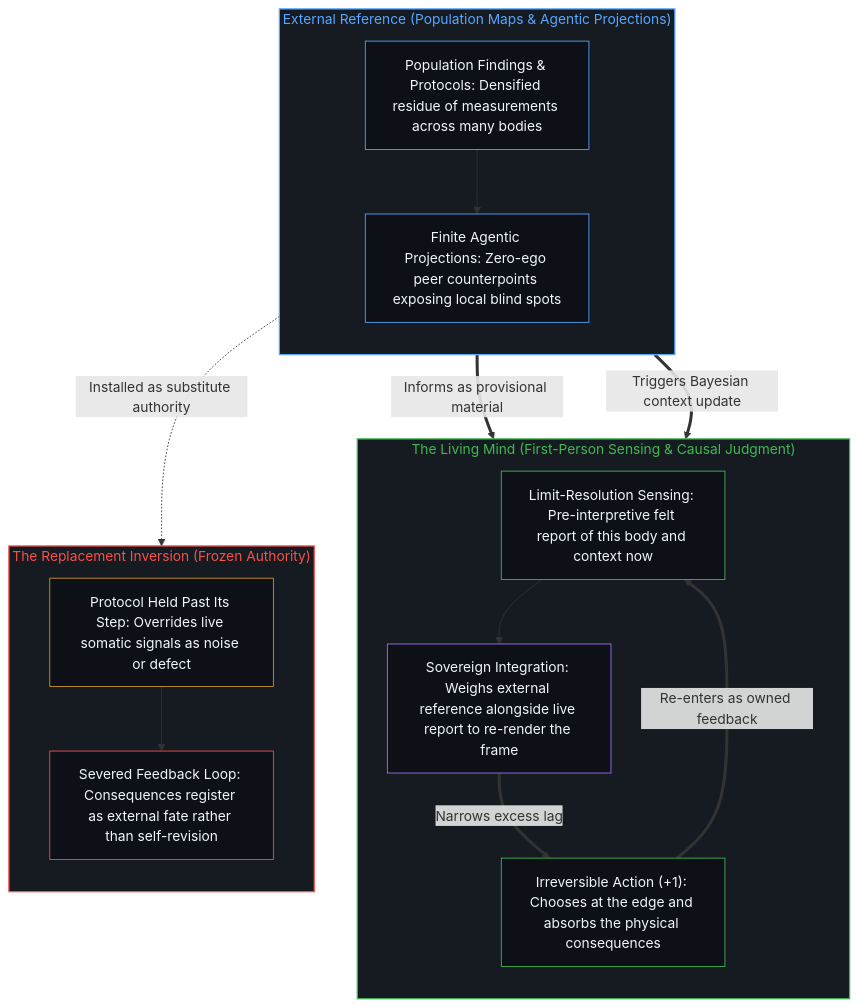
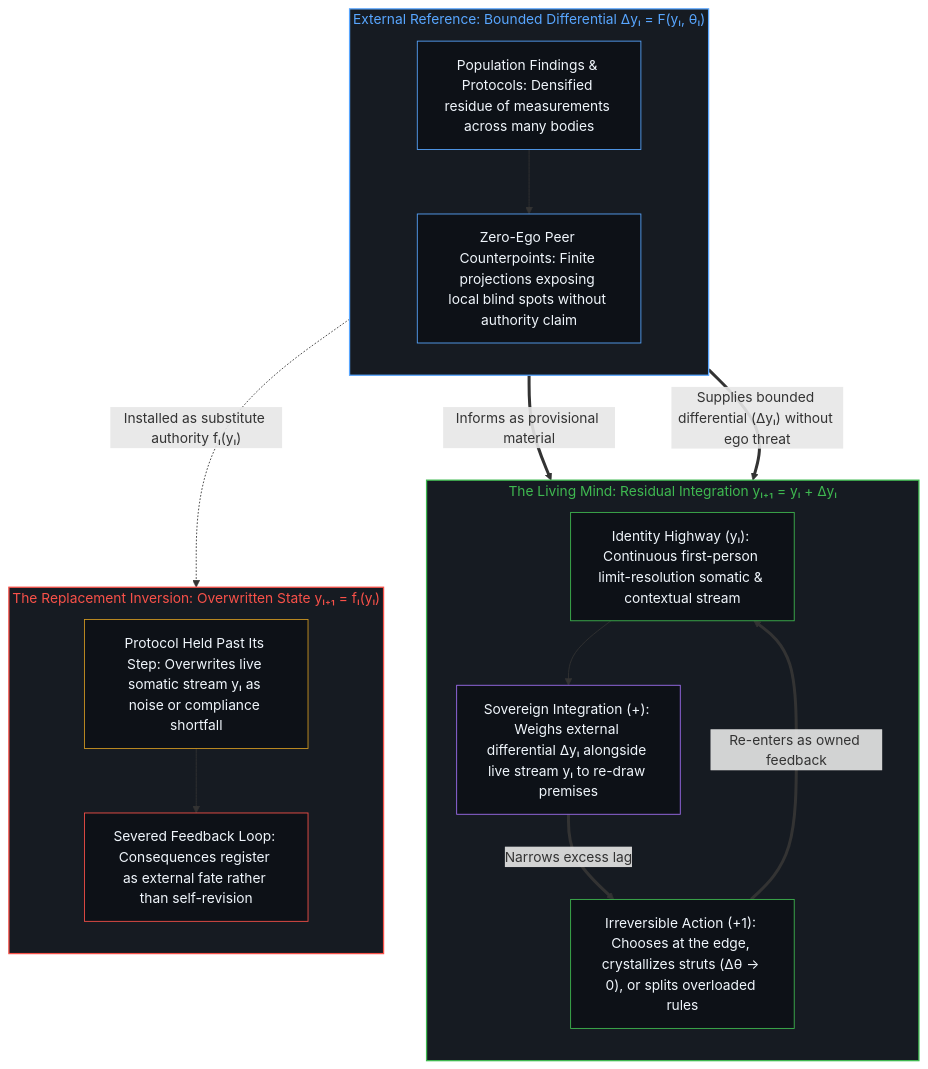
One commit to powerpig99/not-a-toe changed the second of 2 diagrams in content/posts/expertise-as-reference-not-replacement.md. Above: the diagram before and after it, drawn with Mermaid. The commit also changed other lines of this file and 3 other files, not shown here.

````diff
--- a/content/posts/expertise-as-reference-not-replacement.md
+++ b/content/posts/expertise-as-reference-not-replacement.md
@@ -89,37 +89,37 @@
 ```mermaid
 flowchart TD
-    subgraph S_Ext["External Reference (Population Maps & Agentic Projections)"]
+    subgraph S_Ext["External Reference: Bounded Differential Δyₗ = F(yₗ, θₗ)"]
         direction TB
         PopMap["Population Findings & Protocols: Densified residue of measurements across many bodies"]
-        AgentProj["Finite Agentic Projections: Zero-ego peer counterpoints exposing local blind spots"]
+        AgentProj["Zero-Ego Peer Counterpoints: Finite projections exposing local blind spots without authority claim"]
         PopMap --> AgentProj
     end
-    subgraph S_Edge["The Living Mind (First-Person Sensing & Causal Judgment)"]
+    subgraph S_Edge["The Living Mind: Residual Integration yₗ₊₁ = yₗ + Δyₗ"]
         direction TB
-        LiveSense["Limit-Resolution Sensing: Pre-interpretive felt report of this body and context now"]
-        Integrate["Sovereign Integration: Weighs external reference alongside live report to re-render the frame"]
-        ActCost["Irreversible Action (+1): Chooses at the edge and absorbs the physical consequences"]
+        LiveSense["Identity Highway (yₗ): Continuous first-person limit-resolution somatic & contextual stream"]
+        Integrate["Sovereign Integration (+): Weighs external differential Δyₗ alongside live stream yₗ to re-draw premises"]
+        ActCost["Irreversible Action (+1): Chooses at the edge, crystallizes struts (Δθ → 0), or splits overloaded rules"]
         LiveSense --> Integrate
         Integrate ==>|"Narrows excess lag"| ActCost
         ActCost ==>|"Re-enters as owned feedback"| LiveSense
     end
-    subgraph S_Replace["The Replacement Inversion (Frozen Authority)"]
+    subgraph S_Replace["The Replacement Inversion: Overwritten State yₗ₊₁ = fₗ(yₗ)"]
         direction TB
-        Dogma["Protocol Held Past Its Step: Overrides live somatic signals as noise or defect"]
+        Dogma["Protocol Held Past Its Step: Overwrites live somatic stream yₗ as noise or compliance shortfall"]
         Sever["Severed Feedback Loop: Consequences register as external fate rather than self-revision"]
         Dogma --> Sever
     end
     PopMap ==>|"Informs as provisional material"| Integrate
-    AgentProj ==>|"Triggers Bayesian context update"| Integrate
-    PopMap -.->|"Installed as substitute authority"| Dogma
+    AgentProj ==>|"Supplies bounded differential (Δyₗ) without ego threat"| Integrate
+    PopMap -.->|"Installed as substitute authority fₗ(yₗ)"| Dogma
     style S_Ext fill:#161b22,stroke:#58a6ff,stroke-width:1.5px,color:#58a6ff
     style S_Edge fill:#161b22,stroke:#3fb950,stroke-width:1.5px,color:#3fb950
     style S_Replace fill:#161b22,stroke:#f85149,stroke-width:1.5px,color:#f85149
     style PopMap fill:#0d1117,stroke:#58a6ff,stroke-width:1px,color:#f0f6fc
     style AgentProj fill:#0d1117,stroke:#58a6ff,stroke-width:1px,color:#f0f6fc
     style LiveSense fill:#0d1117,stroke:#3fb950,stroke-width:1px,color:#f0f6fc
     style Integrate fill:#0d1117,stroke:#a371f7,stroke-width:1px,color:#f0f6fc
     style ActCost fill:#0d1117,stroke:#3fb950,stroke-width:1px,color:#f0f6fc
     style Dogma fill:#0d1117,stroke:#d29922,stroke-width:1px,color:#f0f6fc
     style Sever fill:#0d1117,stroke:#f85149,stroke-width:1px,color:#f0f6fc
 ```
````
